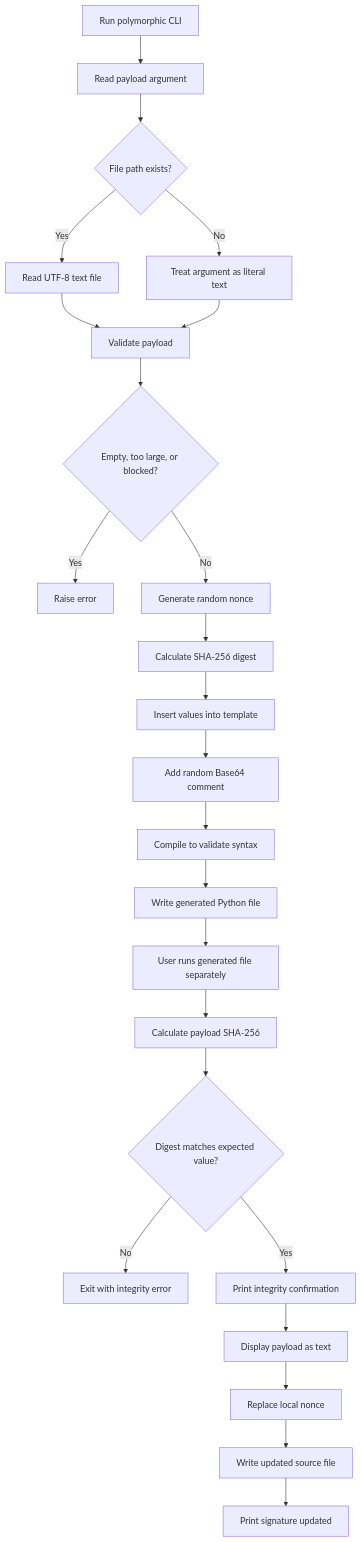
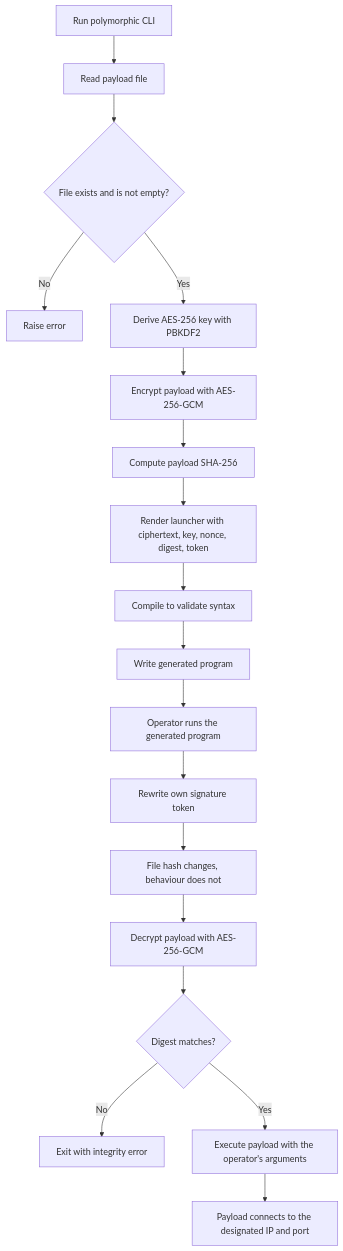
The seventh of 8 diagrams in README.md (fahdaguenouz/hidden-bytes), drawn with Mermaid before and after one commit. The commit also changed other lines of this file and 2 other files, not shown here.

````diff
--- a/README.md
+++ b/README.md
@@ -838,28 +936,21 @@
 ```mermaid
 flowchart TD
-    A["Run polymorphic CLI"] --> B["Read payload argument"]
-    B --> C{"File path exists?"}
-    C -->|Yes| D["Read UTF-8 text file"]
-    C -->|No| E["Treat argument as literal text"]
-    D --> F["Validate payload"]
-    E --> F
+    A["Run polymorphic CLI"] --> B["Read payload file"]
+    B --> C{"File exists and is not empty?"}
+    C -- "No" --> D["Raise error"]
+    C -- "Yes" --> E["Derive AES-256 key with PBKDF2"]
+    E --> F["Encrypt payload with AES-256-GCM"]
+    F --> G["Compute payload SHA-256"]
+    G --> H["Render launcher with ciphertext, key, nonce, digest, token"]
+    H --> I["Compile to validate syntax"]
+    I --> J["Write generated program"]
 
-    F --> G{"Empty, too large, or blocked?"}
-    G -->|Yes| H["Raise error"]
-    G -->|No| I["Generate random nonce"]
-    I --> J["Calculate SHA-256 digest"]
-    J --> K["Insert values into template"]
-    K --> L["Add random Base64 comment"]
-    L --> M["Compile to validate syntax"]
-    M --> N["Write generated Python file"]
-
-    N --> O["User runs generated file separately"]
-    O --> P["Calculate payload SHA-256"]
-    P --> Q{"Digest matches expected value?"}
-    Q -->|No| R["Exit with integrity error"]
-    Q -->|Yes| S["Print integrity confirmation"]
-    S --> T["Display payload as text"]
-    T --> U["Replace local nonce"]
-    U --> V["Write updated source file"]
-    V --> W["Print signature updated"]
+    J --> K["Operator runs the generated program"]
+    K --> L["Rewrite own signature token"]
+    L --> M["File hash changes, behaviour does not"]
+    M --> N["Decrypt payload with AES-256-GCM"]
+    N --> O{"Digest matches?"}
+    O -- "No" --> P["Exit with integrity error"]
+    O -- "Yes" --> Q["Execute payload with the operator's arguments"]
+    Q --> R["Payload connects to the designated IP and port"]
 ```
````
